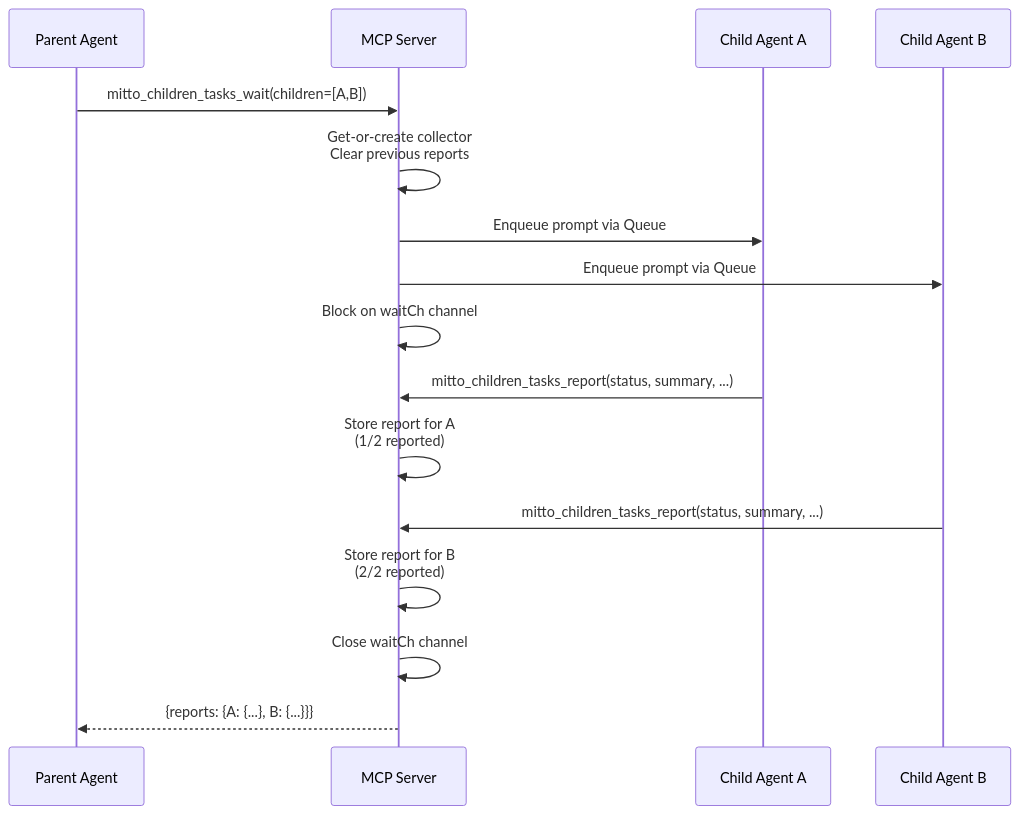
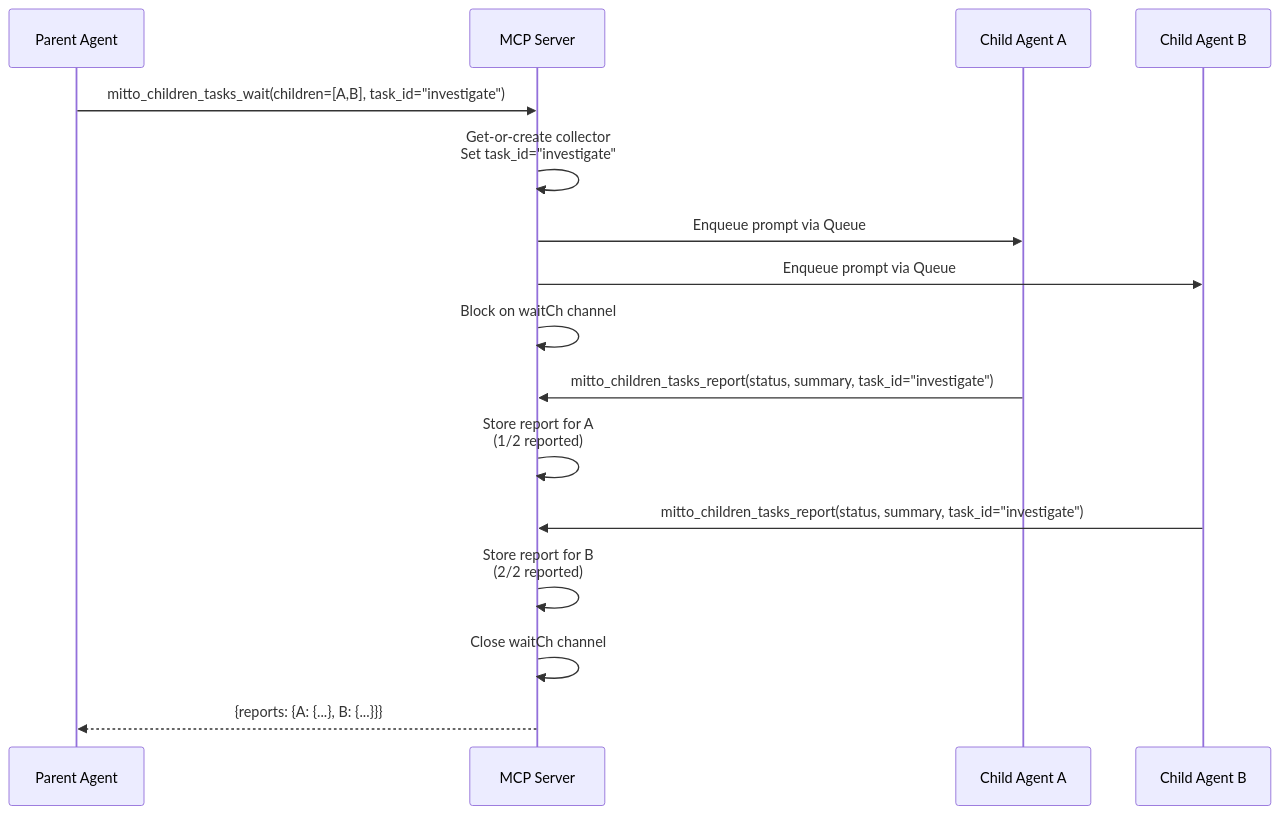
One commit to inercia/mitto changed the second of 5 diagrams in docs/devel/mcp.md. Above: the diagram before and after it, drawn with Mermaid. The commit also changed other lines of this file and 13 other files, not shown here.

````diff
--- a/docs/devel/mcp.md
+++ b/docs/devel/mcp.md
@@ -614,22 +621,22 @@
 ```mermaid
 sequenceDiagram
     participant Parent as Parent Agent
     participant MCP as MCP Server
     participant Child1 as Child Agent A
     participant Child2 as Child Agent B
 
-    Parent->>MCP: mitto_children_tasks_wait(children=[A,B])
-    MCP->>MCP: Get-or-create collector<br/>Clear previous reports
+    Parent->>MCP: mitto_children_tasks_wait(children=[A,B], task_id="investigate")
+    MCP->>MCP: Get-or-create collector<br/>Set task_id="investigate"
     MCP->>Child1: Enqueue prompt via Queue
     MCP->>Child2: Enqueue prompt via Queue
     MCP->>MCP: Block on waitCh channel
 
-    Child1->>MCP: mitto_children_tasks_report(status, summary, ...)
+    Child1->>MCP: mitto_children_tasks_report(status, summary, task_id="investigate")
     MCP->>MCP: Store report for A<br/>(1/2 reported)
 
-    Child2->>MCP: mitto_children_tasks_report(status, summary, ...)
+    Child2->>MCP: mitto_children_tasks_report(status, summary, task_id="investigate")
     MCP->>MCP: Store report for B<br/>(2/2 reported)
     MCP->>MCP: Close waitCh channel
 
     MCP-->>Parent: {reports: {A: {...}, B: {...}}}
 ```
````
